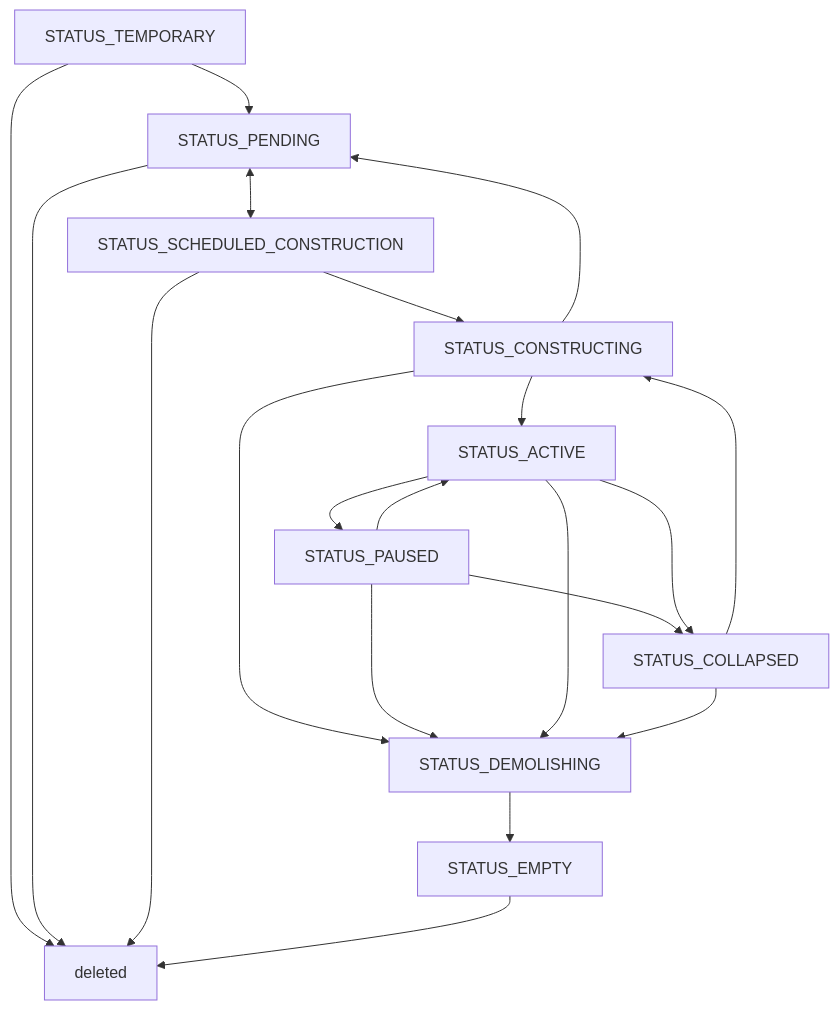
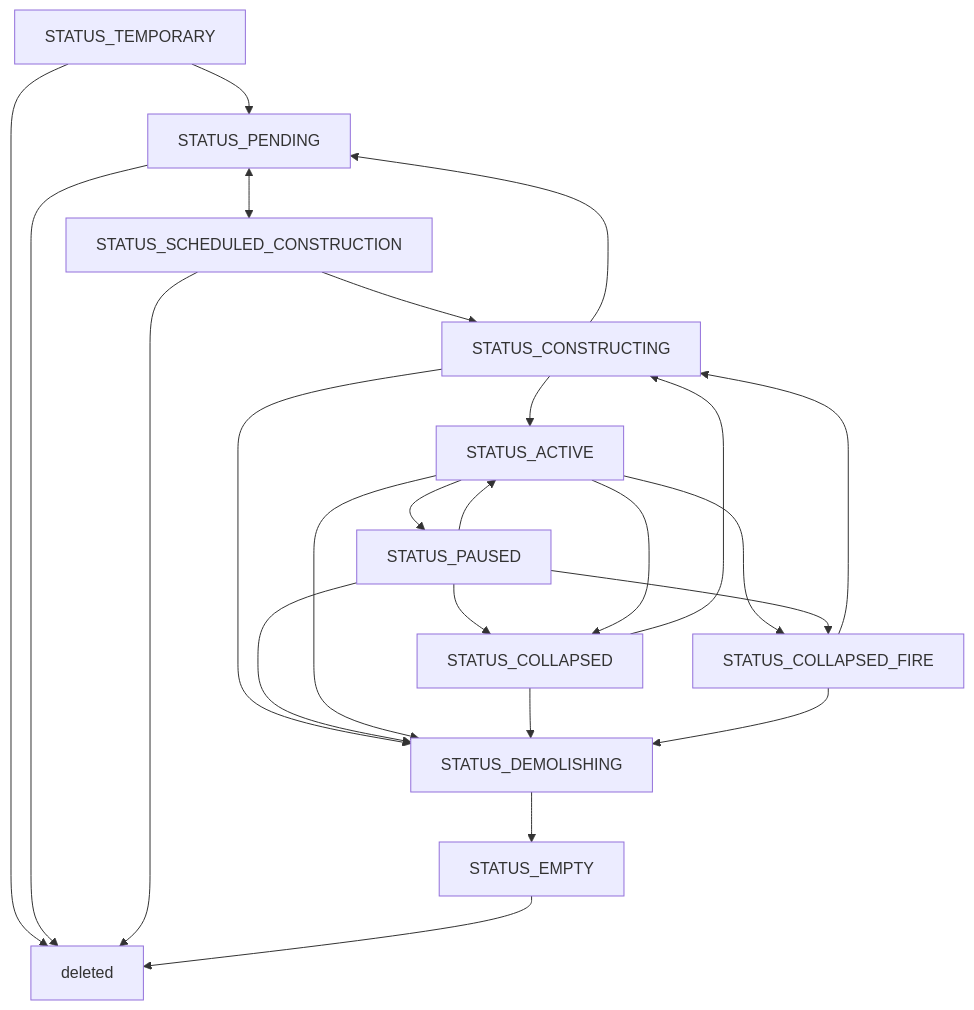
Before and after one commit to satken2/city-genesis: the second of 2 diagrams in docs/docs/economics/2_経済主体.md, drawn with Mermaid. The commit also changed other lines of this file and 45 other files, not shown here.

````diff
--- a/docs/docs/economics/2_経済主体.md
+++ b/docs/docs/economics/2_経済主体.md
@@ -95,22 +96,26 @@
 ```mermaid
 graph TD
 STATUS_TEMPORARY --> STATUS_PENDING
 STATUS_TEMPORARY --> deleted
 STATUS_PENDING <--> STATUS_SCHEDULED_CONSTRUCTION
 STATUS_PENDING --> deleted
 STATUS_SCHEDULED_CONSTRUCTION --> STATUS_CONSTRUCTING
 STATUS_SCHEDULED_CONSTRUCTION --> deleted
 STATUS_CONSTRUCTING --> STATUS_ACTIVE
 STATUS_CONSTRUCTING --> STATUS_PENDING
 STATUS_CONSTRUCTING --> STATUS_DEMOLISHING
 STATUS_ACTIVE --> STATUS_PAUSED
 STATUS_PAUSED --> STATUS_ACTIVE
 STATUS_PAUSED --> STATUS_DEMOLISHING
 STATUS_PAUSED --> STATUS_COLLAPSED
 STATUS_ACTIVE --> STATUS_DEMOLISHING
 STATUS_ACTIVE --> STATUS_COLLAPSED
+STATUS_ACTIVE --> STATUS_COLLAPSED_FIRE
+STATUS_PAUSED --> STATUS_COLLAPSED_FIRE
 STATUS_COLLAPSED --> STATUS_DEMOLISHING
 STATUS_COLLAPSED --> STATUS_CONSTRUCTING
+STATUS_COLLAPSED_FIRE --> STATUS_DEMOLISHING
+STATUS_COLLAPSED_FIRE --> STATUS_CONSTRUCTING
 STATUS_DEMOLISHING --> STATUS_EMPTY
 STATUS_EMPTY --> deleted
 ```
````
